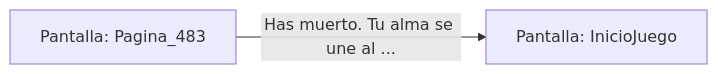
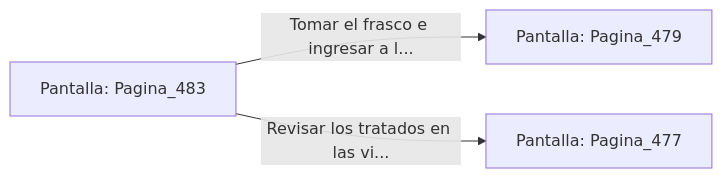
The diagram in sample/eligejuego-vault/Pantalla_Pagina_483.md (metsuke/mpl), drawn with Mermaid before and after one commit. The commit also changed other lines of this file and 635 other files, not shown here.

First line of the commit message:
fix: añadir Pagina_1 como pantalla inicial en capitulo_01.mpl

````diff
--- a/sample/eligejuego-vault/Pantalla_Pagina_483.md
+++ b/sample/eligejuego-vault/Pantalla_Pagina_483.md
@@ -17,5 +24,6 @@
 ```mermaid
 graph LR
     P_Pagina_483["Pantalla: Pagina_483"]
-    P_Pagina_483 -->|"Has muerto. Tu alma se une al ..."| P_InicioJuego["Pantalla: InicioJuego"]
+    P_Pagina_483 -->|"Tomar el frasco e ingresar a l..."| P_Pagina_479["Pantalla: Pagina_479"]
+    P_Pagina_483 -->|"Revisar los tratados en las vi..."| P_Pagina_477["Pantalla: Pagina_477"]
 ```
````
